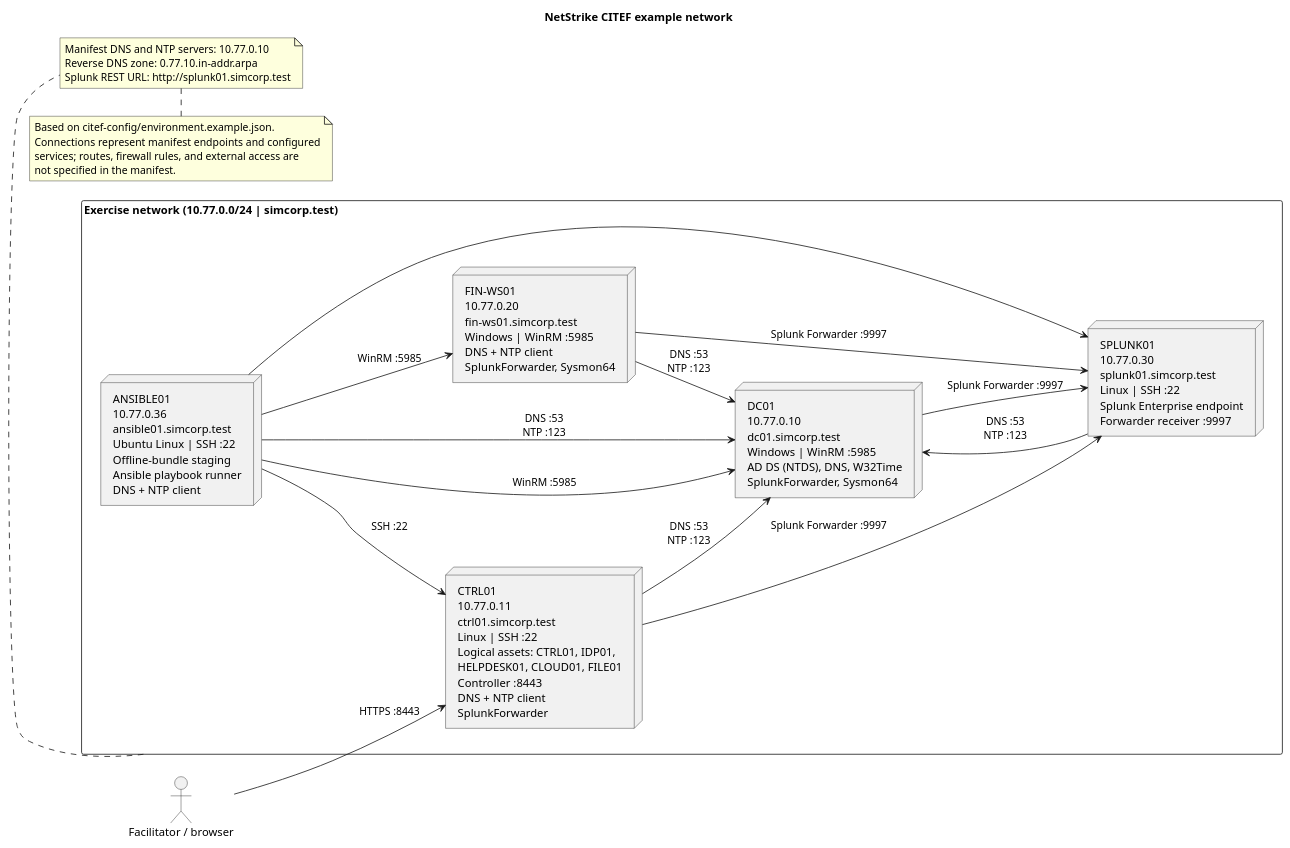
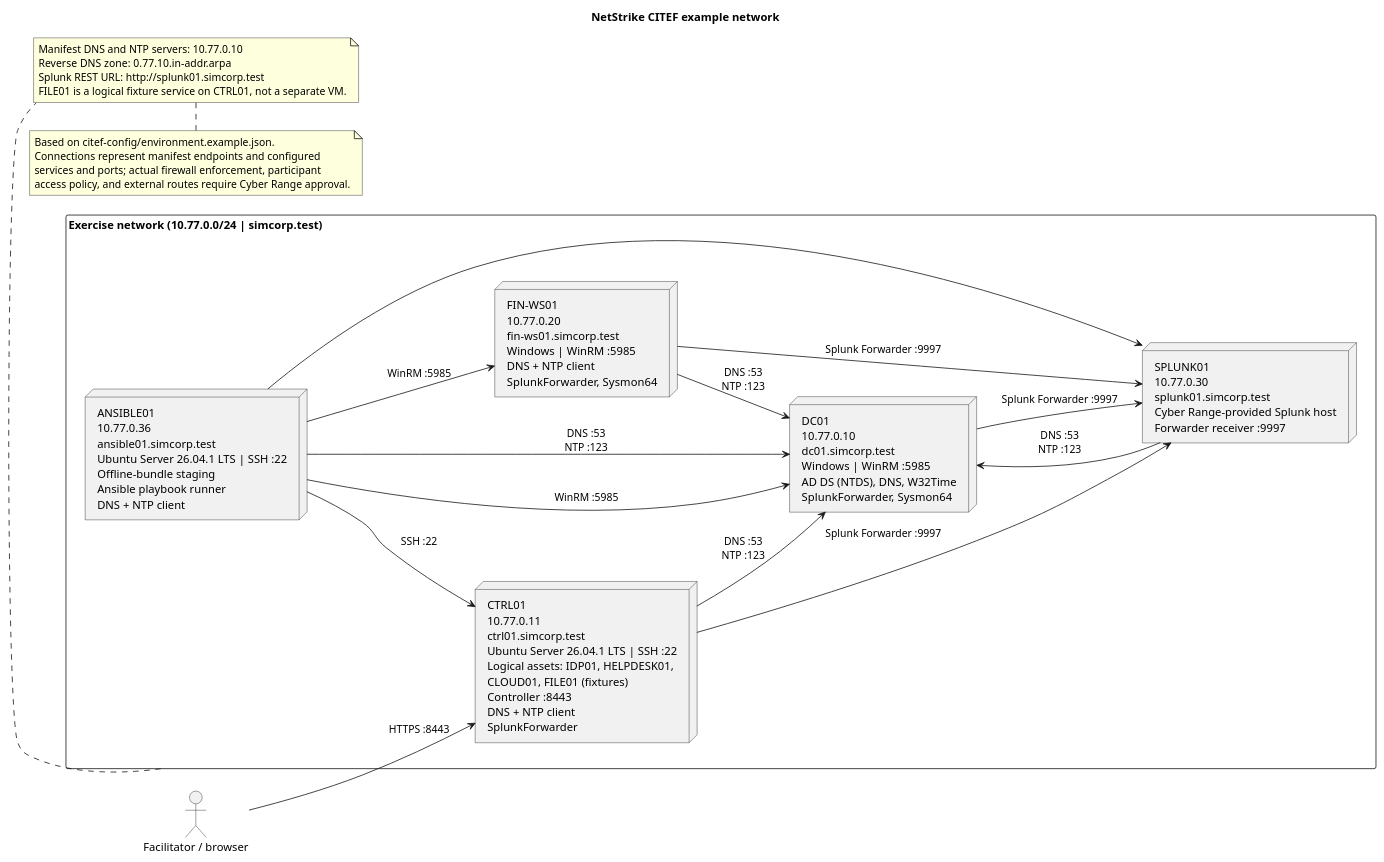
Before and after one commit to Netstrike-development-team/NetStrike_Capstone_17: the diagram in docs/network-diagram.puml, drawn with PlantUML. The commit also changed 10 other files, not shown here.

Commit message:
docs: update offline bundle and provisioning validation documentation

```diff
--- a/docs/network-diagram.puml
+++ b/docs/network-diagram.puml
@@ -1,46 +1,47 @@
 @startuml
 title NetStrike CITEF example network
 left to right direction
 skinparam componentStyle rectangle
 skinparam packageStyle rectangle
 skinparam packageTitleAlignment left
 skinparam shadowing false
 
 actor "Facilitator / browser" as Browser
 
 package "Exercise network (10.77.0.0/24 | simcorp.test)" as Exercise {
-  node "ANSIBLE01\n10.77.0.36\nansible01.simcorp.test\nUbuntu Linux | SSH :22\nOffline-bundle staging\nAnsible playbook runner\nDNS + NTP client" as Ansible
-  node "CTRL01\n10.77.0.11\nctrl01.simcorp.test\nLinux | SSH :22\nLogical assets: CTRL01, IDP01,\nHELPDESK01, CLOUD01, FILE01\nController :8443\nDNS + NTP client\nSplunkForwarder" as CTRL
+  node "ANSIBLE01\n10.77.0.36\nansible01.simcorp.test\nUbuntu Server 26.04.1 LTS | SSH :22\nOffline-bundle staging\nAnsible playbook runner\nDNS + NTP client" as Ansible
+  node "CTRL01\n10.77.0.11\nctrl01.simcorp.test\nUbuntu Server 26.04.1 LTS | SSH :22\nLogical assets: IDP01, HELPDESK01,\nCLOUD01, FILE01 (fixtures)\nController :8443\nDNS + NTP client\nSplunkForwarder" as CTRL
   node "DC01\n10.77.0.10\ndc01.simcorp.test\nWindows | WinRM :5985\nAD DS (NTDS), DNS, W32Time\nSplunkForwarder, Sysmon64" as DC
   node "FIN-WS01\n10.77.0.20\nfin-ws01.simcorp.test\nWindows | WinRM :5985\nDNS + NTP client\nSplunkForwarder, Sysmon64" as WS
-  node "SPLUNK01\n10.77.0.30\nsplunk01.simcorp.test\nLinux | SSH :22\nSplunk Enterprise endpoint\nForwarder receiver :9997" as SPLUNK
+  node "SPLUNK01\n10.77.0.30\nsplunk01.simcorp.test\nCyber Range-provided Splunk host\nForwarder receiver :9997" as SPLUNK
 }
 
 Browser --> CTRL : HTTPS :8443
 Ansible --> CTRL : SSH :22
 Ansible --> DC : WinRM :5985
 Ansible --> WS : WinRM :5985
 Ansible --> SPLUNK
 
 CTRL --> DC : DNS :53\nNTP :123
 Ansible --> DC : DNS :53\nNTP :123
 WS --> DC : DNS :53\nNTP :123
 SPLUNK --> DC : DNS :53\nNTP :123
 
 CTRL --> SPLUNK : Splunk Forwarder :9997
 DC --> SPLUNK : Splunk Forwarder :9997
 WS --> SPLUNK : Splunk Forwarder :9997
 
 note bottom of Exercise
   Manifest DNS and NTP servers: 10.77.0.10
   Reverse DNS zone: 0.77.10.in-addr.arpa
   Splunk REST URL: http://splunk01.simcorp.test
+  FILE01 is a logical fixture service on CTRL01, not a separate VM.
 end note
 
 note bottom
   Based on citef-config/environment.example.json.
   Connections represent manifest endpoints and configured
-  services; routes, firewall rules, and external access are
-  not specified in the manifest.
+  services and ports; actual firewall enforcement, participant
+  access policy, and external routes require Cyber Range approval.
 end note
 @enduml
```
